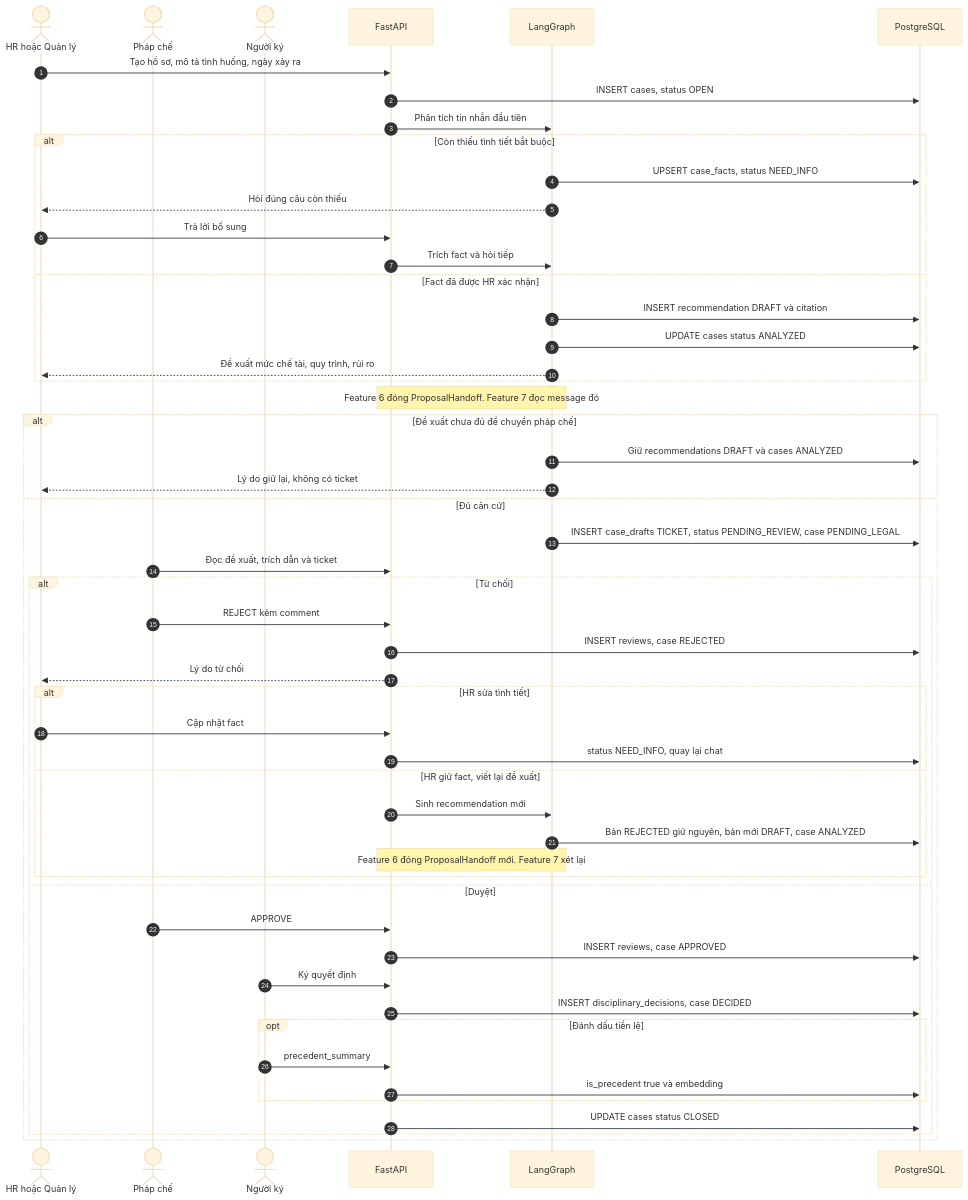
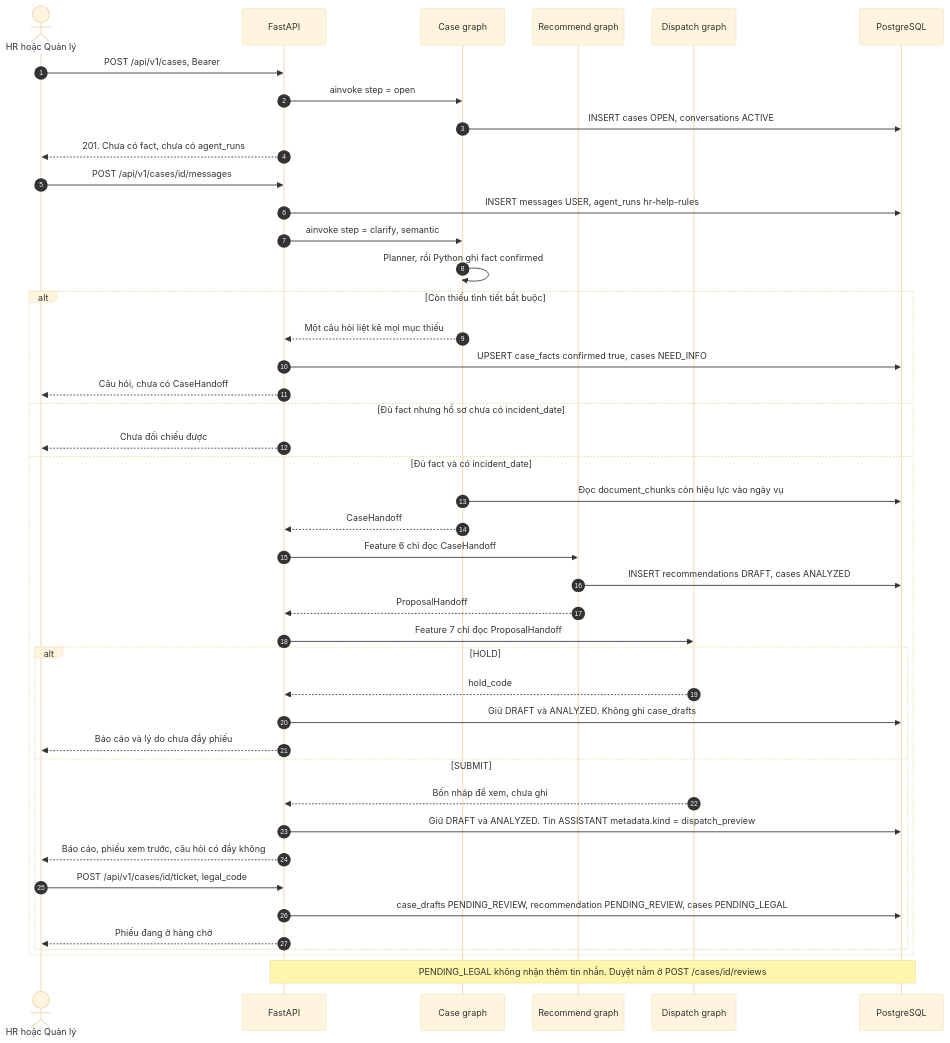
Before and after one commit to Tuan-Nguyen-Minhh/HRHelp: the first of 15 diagrams in docs/features/features.md, drawn with Mermaid (base theme). The commit also changed other lines of this file and 210 other files, not shown here.

Commit message:
feat(schema): Add new models for message handling and recidivism tracking

````diff
--- a/docs/features/features.md
+++ b/docs/features/features.md
@@ -64,55 +66,47 @@
 ```mermaid
 sequenceDiagram
     autonumber
     actor HR as HR hoặc Quản lý
-    actor LC as Pháp chế
-    actor SG as Người ký
     participant API as FastAPI
-    participant AG as LangGraph
+    participant CG as Case graph
+    participant RG as Recommend graph
+    participant DG as Dispatch graph
     participant DB as PostgreSQL
 
-    HR->>API: Tạo hồ sơ, mô tả tình huống, ngày xảy ra
-    API->>DB: INSERT cases, status OPEN
-    API->>AG: Phân tích tin nhắn đầu tiên
+    HR->>API: POST /api/v1/cases, Bearer
+    API->>CG: ainvoke step = open
+    CG->>DB: INSERT cases OPEN, conversations ACTIVE
+    API-->>HR: 201. Chưa có fact, chưa có agent_runs
+
+    HR->>API: POST /api/v1/cases/id/messages
+    API->>DB: INSERT messages USER, agent_runs hr-help-rules
+    API->>CG: ainvoke step = clarify, semantic
+    CG->>CG: Planner, rồi Python ghi fact confirmed
     alt Còn thiếu tình tiết bắt buộc
-        AG->>DB: UPSERT case_facts, status NEED_INFO
-        AG-->>HR: Hỏi đúng câu còn thiếu
-        HR->>API: Trả lời bổ sung
-        API->>AG: Trích fact và hỏi tiếp
-    else Fact đã được HR xác nhận
-        AG->>DB: INSERT recommendation DRAFT và citation
-        AG->>DB: UPDATE cases status ANALYZED
-        AG-->>HR: Đề xuất mức chế tài, quy trình, rủi ro
-    end
-    Note over API,AG: Feature 6 đóng ProposalHandoff. Feature 7 đọc message đó
-    alt Đề xuất chưa đủ để chuyển pháp chế
-        AG->>DB: Giữ recommendations DRAFT và cases ANALYZED
-        AG-->>HR: Lý do giữ lại, không có ticket
-    else Đủ căn cứ
-        AG->>DB: INSERT case_drafts TICKET, status PENDING_REVIEW, case PENDING_LEGAL
-        LC->>API: Đọc đề xuất, trích dẫn và ticket
-        alt Từ chối
-            LC->>API: REJECT kèm comment
-            API->>DB: INSERT reviews, case REJECTED
-            API-->>HR: Lý do từ chối
-            alt HR sửa tình tiết
-                HR->>API: Cập nhật fact
-                API->>DB: status NEED_INFO, quay lại chat
-            else HR giữ fact, viết lại đề xuất
-                API->>AG: Sinh recommendation mới
-                AG->>DB: Bản REJECTED giữ nguyên, bản mới DRAFT, case ANALYZED
-                Note over API,AG: Feature 6 đóng ProposalHandoff mới. Feature 7 xét lại
-            end
-        else Duyệt
-            LC->>API: APPROVE
-            API->>DB: INSERT reviews, case APPROVED
-            SG->>API: Ký quyết định
-            API->>DB: INSERT disciplinary_decisions, case DECIDED
-            opt Đánh dấu tiền lệ
-                SG->>API: precedent_summary
-                API->>DB: is_precedent true và embedding
-            end
-            API->>DB: UPDATE cases status CLOSED
+        CG-->>API: Một câu hỏi liệt kê mọi mục thiếu
+        API->>DB: UPSERT case_facts confirmed true, cases NEED_INFO
+        API-->>HR: Câu hỏi, chưa có CaseHandoff
+    else Đủ fact nhưng hồ sơ chưa có incident_date
+        API-->>HR: Chưa đối chiếu được
+    else Đủ fact và có incident_date
+        CG->>DB: Đọc document_chunks còn hiệu lực vào ngày vụ
+        CG-->>API: CaseHandoff
+        API->>RG: Feature 6 chỉ đọc CaseHandoff
+        RG->>DB: INSERT recommendations DRAFT, cases ANALYZED
+        RG-->>API: ProposalHandoff
+        API->>DG: Feature 7 chỉ đọc ProposalHandoff
+        alt HOLD
+            DG-->>API: hold_code
+            API->>DB: Giữ DRAFT và ANALYZED. Không ghi case_drafts
+            API-->>HR: Báo cáo và lý do chưa đẩy phiếu
+        else SUBMIT
+            DG-->>API: Bốn nháp để xem, chưa ghi
+            API->>DB: Giữ DRAFT và ANALYZED. Tin ASSISTANT metadata.kind = dispatch_preview
+            API-->>HR: Báo cáo, phiếu xem trước, câu hỏi có đẩy không
+            HR->>API: POST /api/v1/cases/id/ticket, legal_code
+            API->>DB: case_drafts PENDING_REVIEW, recommendation PENDING_REVIEW, cases PENDING_LEGAL
+            API-->>HR: Phiếu đang ở hàng chờ
         end
     end
+    Note over API,DB: PENDING_LEGAL không nhận thêm tin nhắn. Duyệt nằm ở POST /cases/id/reviews
 ```
````
